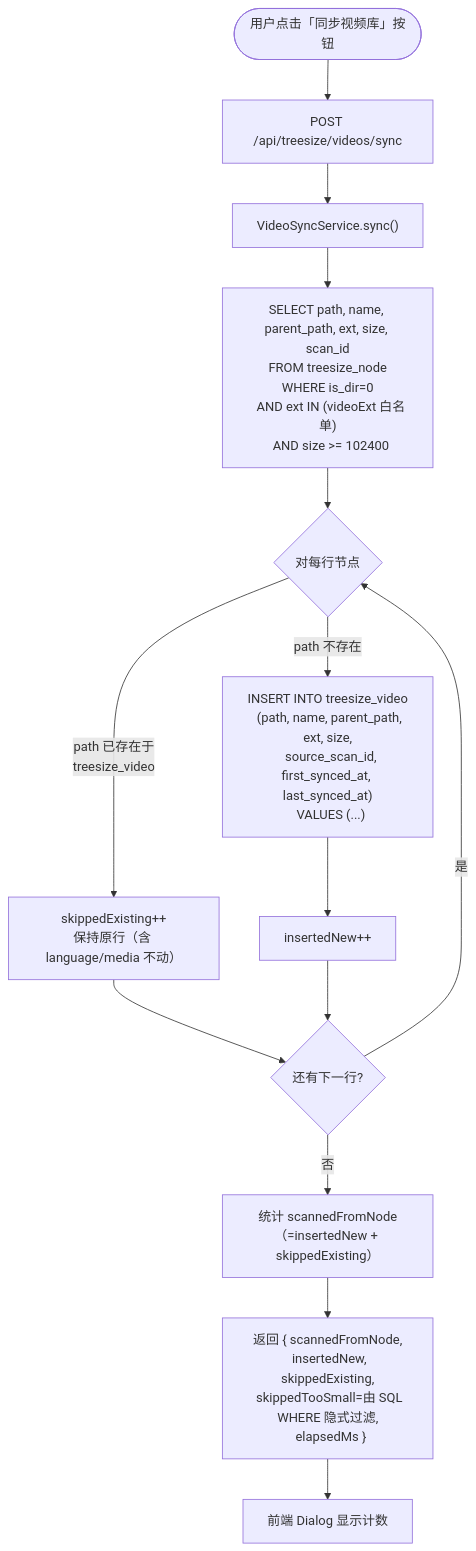
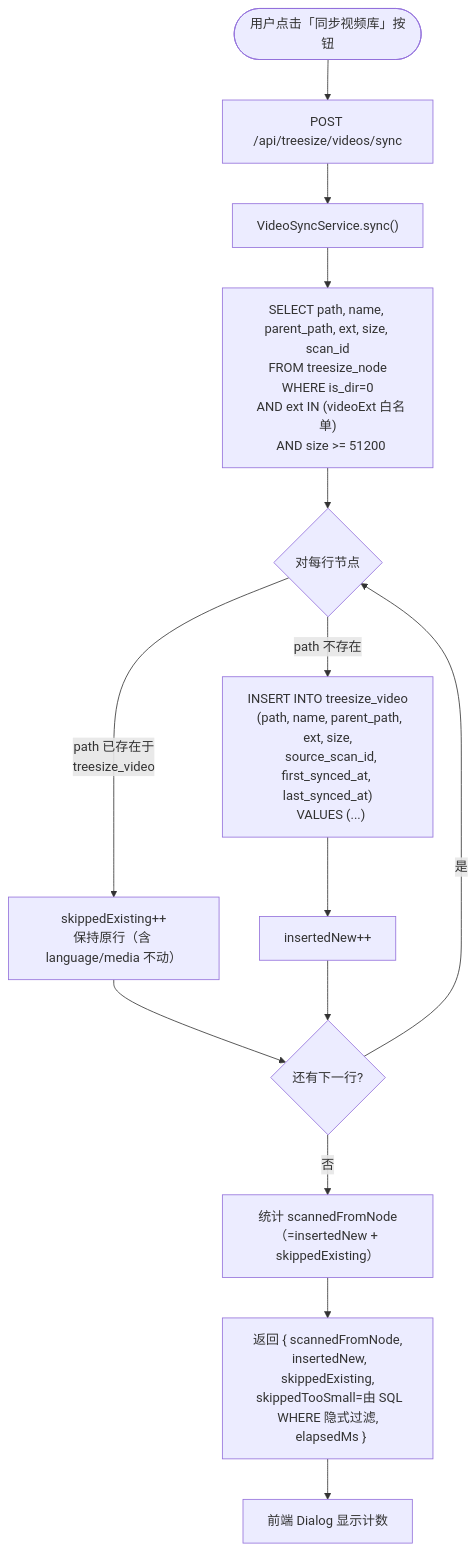
The first of 2 diagrams in kai-toolbox/design/视频库/视频表与同步功能/视频表与同步功能-current.md (exception-coder/ai-docs), drawn with Mermaid before and after one commit. The commit also changed other lines of this file and 127 other files, not shown here.

````diff
--- a/kai-toolbox/design/视频库/视频表与同步功能/视频表与同步功能-current.md
+++ b/kai-toolbox/design/视频库/视频表与同步功能/视频表与同步功能-current.md
@@ -63,16 +63,16 @@
 ```mermaid
 flowchart TD
     Start(["用户点击「同步视频库」按钮"]) --> Call["POST /api/treesize/videos/sync"]
     Call --> Read["VideoSyncService.sync()"]
-    Read --> Query["SELECT path, name, parent_path, ext, size, scan_id\nFROM treesize_node\nWHERE is_dir=0\n  AND ext IN (videoExt 白名单)\n  AND size >= 102400"]
+    Read --> Query["SELECT path, name, parent_path, ext, size, scan_id\nFROM treesize_node\nWHERE is_dir=0\n  AND ext IN (videoExt 白名单)\n  AND size >= 51200"]
     Query --> Loop{"对每行节点"}
     Loop -->|"path 已存在于\ntreesize_video"| Skip["skippedExisting++\n保持原行（含 language/media 不动）"]
     Loop -->|"path 不存在"| Insert["INSERT INTO treesize_video\n  (path, name, parent_path, ext, size,\n   source_scan_id, first_synced_at, last_synced_at)\n  VALUES (...)"]
     Insert --> Count["insertedNew++"]
     Skip --> Next{"还有下一行?"}
     Count --> Next
     Next -->|"是"| Loop
     Next -->|"否"| Tally["统计 scannedFromNode\n（=insertedNew + skippedExisting）"]
     Tally --> Return["返回 { scannedFromNode,\n  insertedNew, skippedExisting,\n  skippedTooSmall=由 SQL WHERE 隐式过滤,\n  elapsedMs }"]
     Return --> Show["前端 Dialog 显示计数"]
 ```
````
